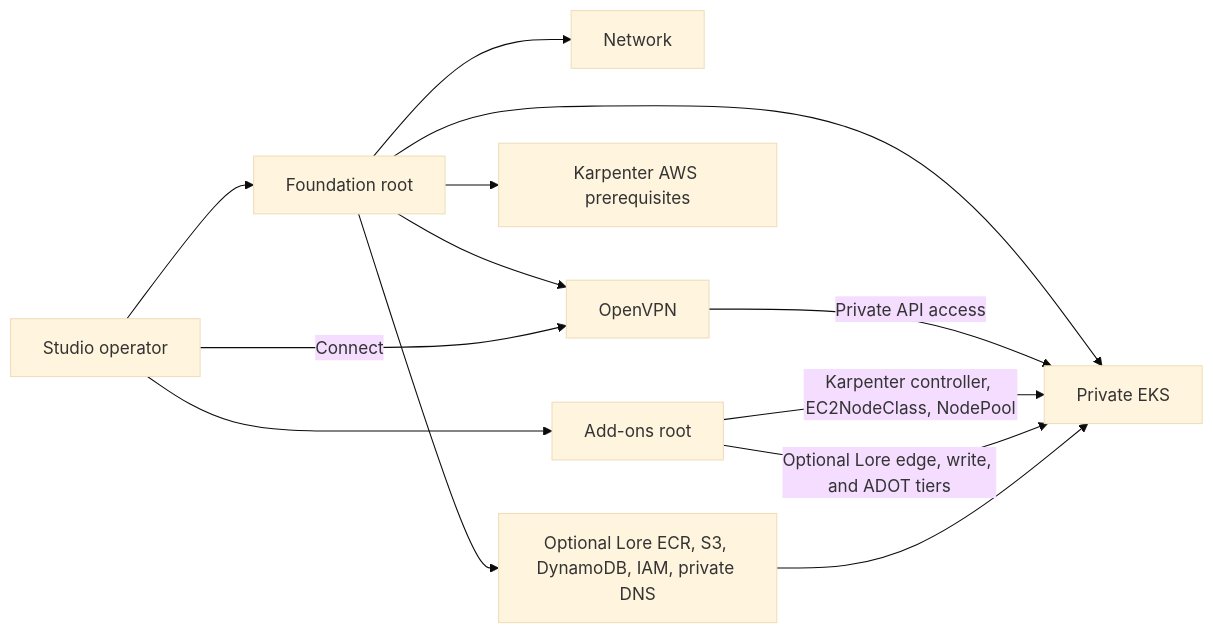
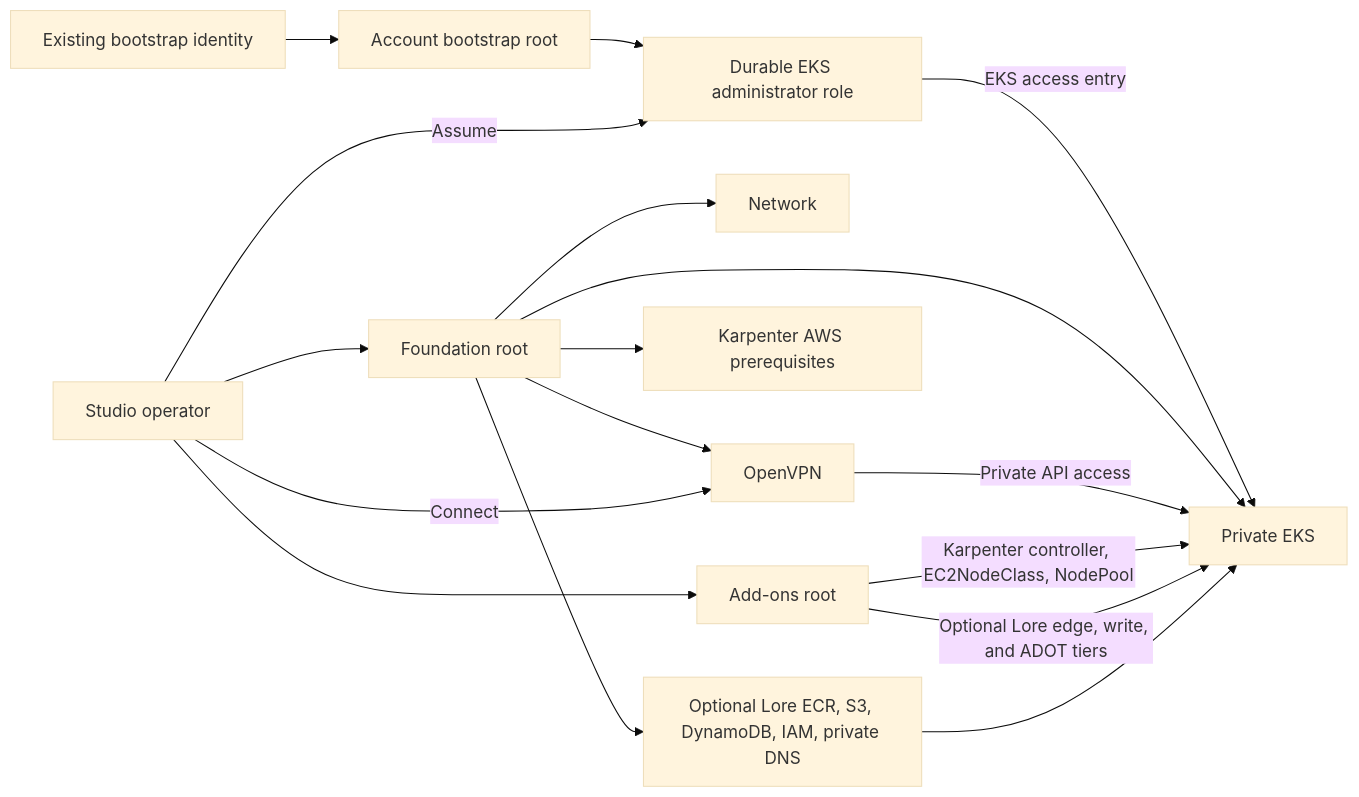
The diagram in README.md (UnrealOps/infrastructure), drawn with Mermaid (base theme) before and after one commit. The commit also changed other lines of this file and 36 other files, not shown here.

Commit message:
feat(eks): add account bootstrap workflow (#17)

````diff
--- a/README.md
+++ b/README.md
@@ -55,15 +57,19 @@
 ```mermaid
 flowchart LR
-    Operator["Studio operator"] --> Foundation["Foundation root"]
+    BootstrapIdentity["Existing bootstrap identity"] --> AccountBootstrap["Account bootstrap root"]
+    AccountBootstrap --> AdminRole["Durable EKS administrator role"]
+    Operator["Studio operator"] -->|Assume| AdminRole
+    Operator --> Foundation["Foundation root"]
+    AdminRole -->|EKS access entry| EKS
     Foundation --> Network["Network"]
     Foundation --> VPN["OpenVPN"]
     Foundation --> EKS["Private EKS"]
     Foundation --> KarpenterAWS["Karpenter AWS prerequisites"]
     Foundation --> LoreAWS["Optional Lore ECR, S3, DynamoDB, IAM, private DNS"]
     Operator -->|Connect| VPN
     VPN -->|Private API access| EKS
     Operator --> Addons["Add-ons root"]
     Addons -->|Karpenter controller, EC2NodeClass, NodePool| EKS
     Addons -->|Optional Lore edge, write, and ADOT tiers| EKS
     LoreAWS --> EKS
 ```
````
